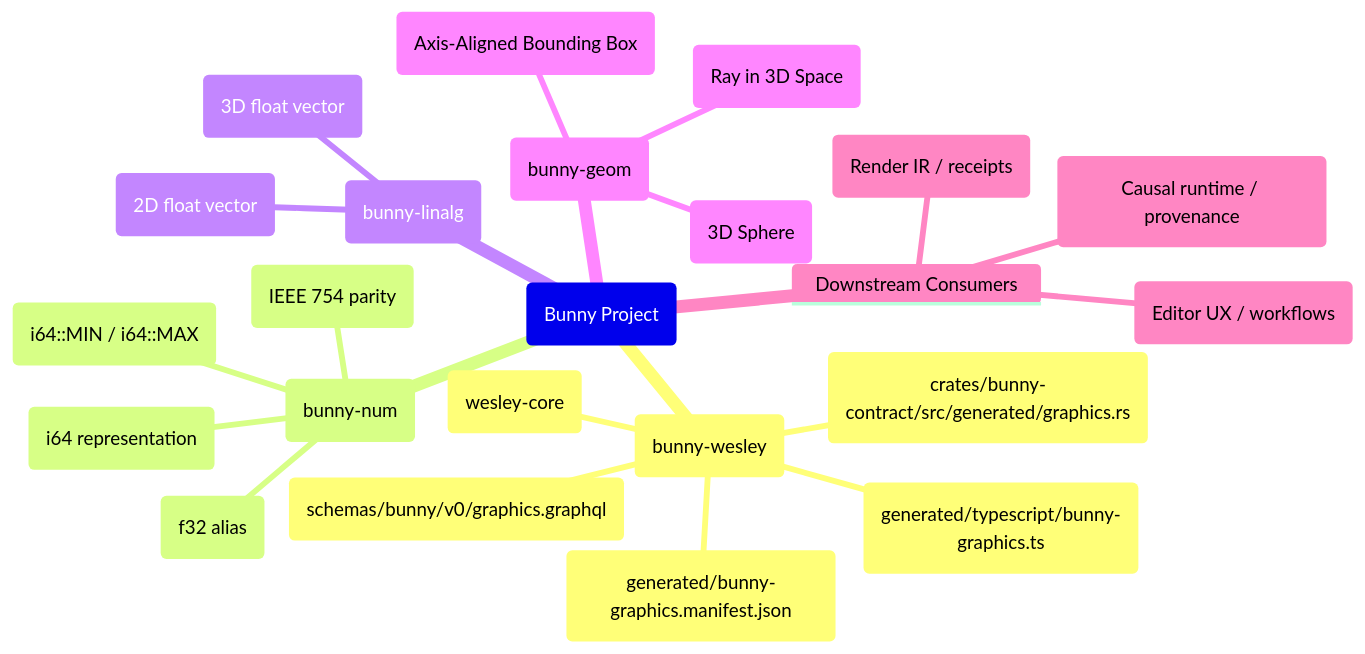
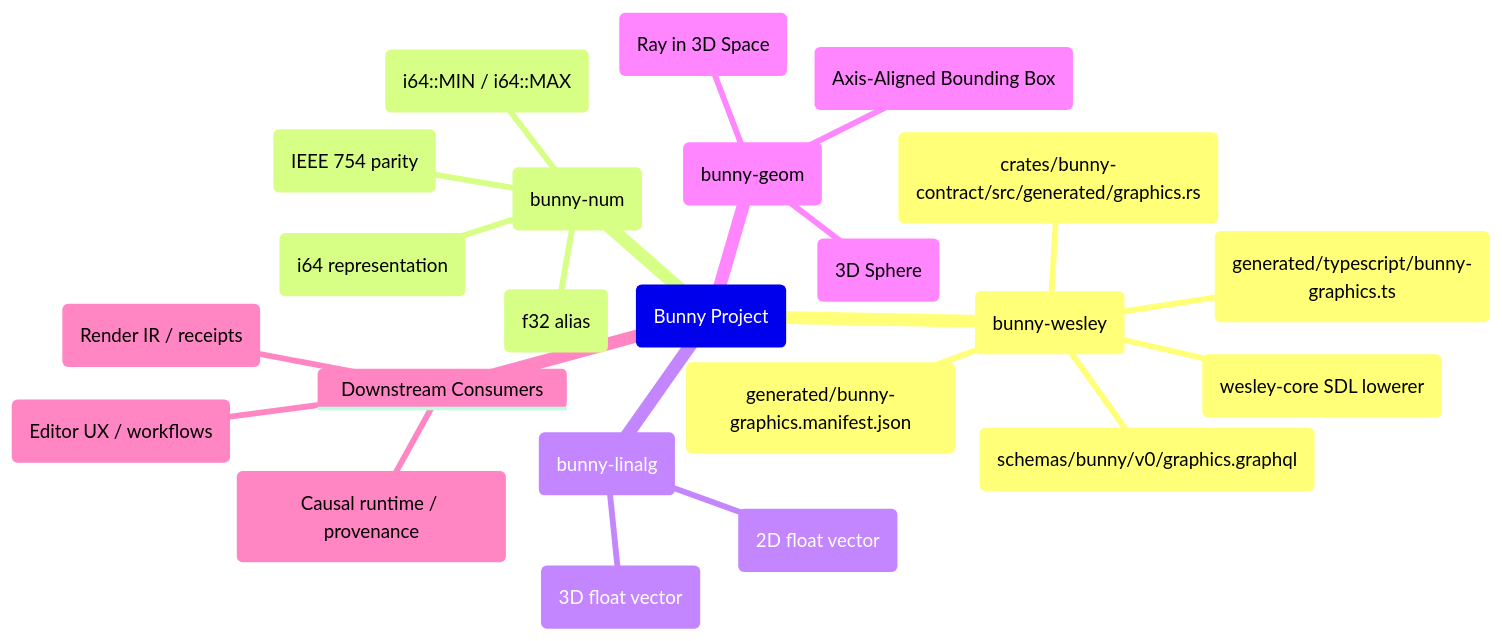
The first of 5 diagrams in bunny_technical_teardown.md (flyingrobots/bunny), drawn with Mermaid before and after one commit. The commit also changed other lines of this file and 110 other files, not shown here.

````diff
--- a/bunny_technical_teardown.md
+++ b/bunny_technical_teardown.md
@@ -24,26 +25,26 @@
 ```mermaid
 mindmap
   root("Bunny Project")
     Contract Generation Crate ("bunny-wesley")
       SDL Source ("schemas/bunny/v0/graphics.graphql")
-      Parser ("wesley-core")
+      Parser ("wesley-core SDL lowerer")
       Rust DTO Emitter ("crates/bunny-contract/src/generated/graphics.rs")
       TS DTO Emitter ("generated/typescript/bunny-graphics.ts")
       Manifest Emitter ("generated/bunny-graphics.manifest.json")
     Deterministic Numeric Crate ("bunny-num")
       Scalar Type ("f32 alias")
       Q32_32 Fixed Point ("i64 representation")
       Ties to Even Rounding ("IEEE 754 parity")
       Saturation Policy ("i64::MIN / i64::MAX")
     Linear Algebra Crate ("bunny-linalg")
       Vec2 ("2D float vector")
       Vec3 ("3D float vector")
     Geometry Crate ("bunny-geom")
       Ray3 ("Ray in 3D Space")
       Aabb3 ("Axis-Aligned Bounding Box")
       Sphere3 ("3D Sphere")
     Downstream Consumers
       Echo ("Causal runtime / provenance")
       Geordi ("Render IR / receipts")
       jedit Jim ("Editor UX / workflows")
 ```
````
